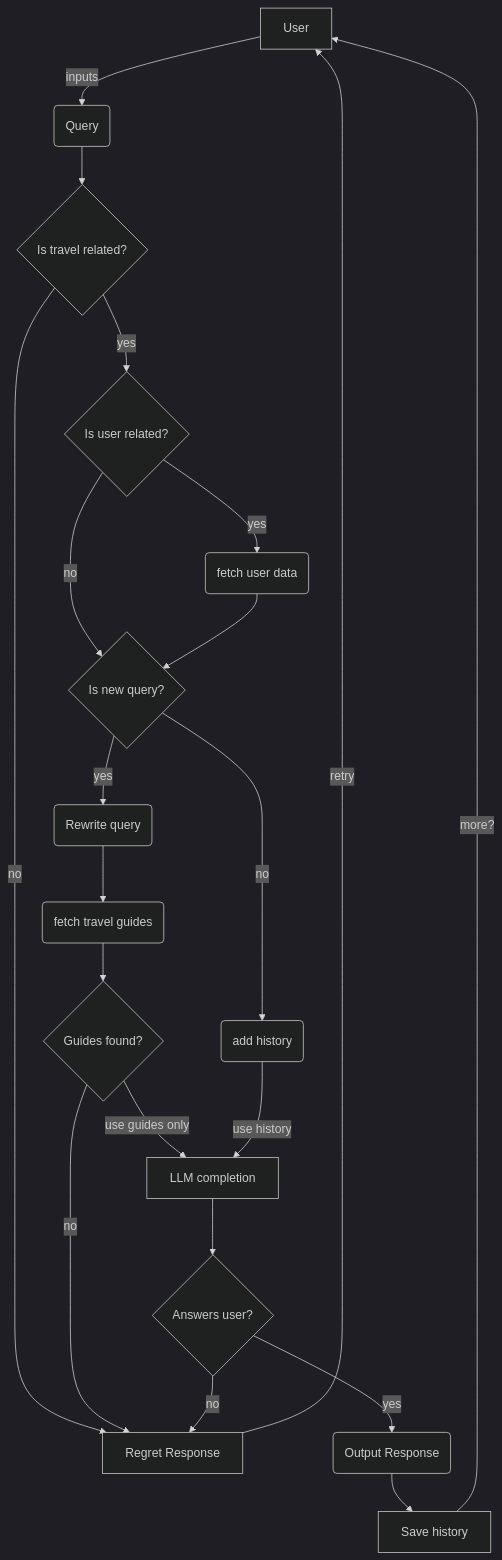
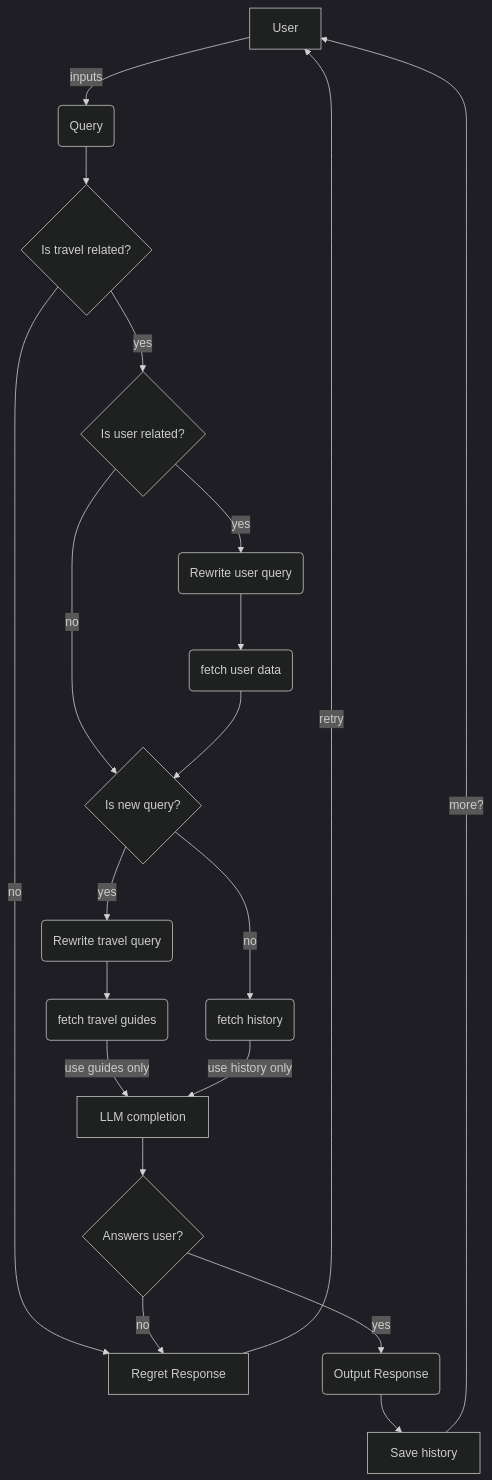
Before and after one commit to ksprashu/AI_Gemini_GoogleCloud: the diagram in week6/rag_logic.mmd, drawn with Mermaid (dark theme). The commit also changed other lines of this file and 1 other file, not shown here.

```diff
--- a/week6/rag_logic.mmd
+++ b/week6/rag_logic.mmd
@@ -1,21 +1,20 @@
 flowchart TD
     U[User] --> |inputs| Q(Query)
     Q --> TQ{Is travel related?}
     TQ --> |no| RR[Regret Response]
     TQ --> |yes| UQ{Is user related?}
-    UQ --> |yes| UR(fetch user data)
+    UQ --> |yes| RU(Rewrite user query) 
+    RU --> UR(fetch user data)
     UQ --> |no| N{Is new query?}
     UR --> N
-    N --> |yes| RW(Rewrite query)
-    RW --> NT(fetch travel guides)
-    NT --> GF{Guides found?}
-    GF --> |use guides only| C[LLM completion]
-    GF --> |no| RR
-    N --> |no| OT(add history)
-    OT --> |use history| C
+    N --> |yes| RT(Rewrite travel query)
+    RT --> NT(fetch travel guides)
+    NT --> |use guides only| C[LLM completion]
+    N --> |no| OT(fetch history)
+    OT --> |use history only| C
     C --> TR{Answers user?}
     TR --> |yes| OR(Output Response)
     TR --> |no| RR
     RR --> |retry| U
     OR --> S[Save history]
     S --> |more?| U
```
